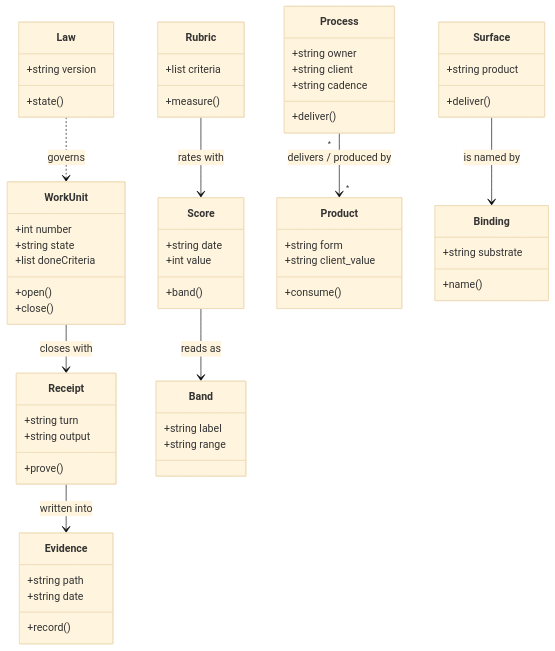
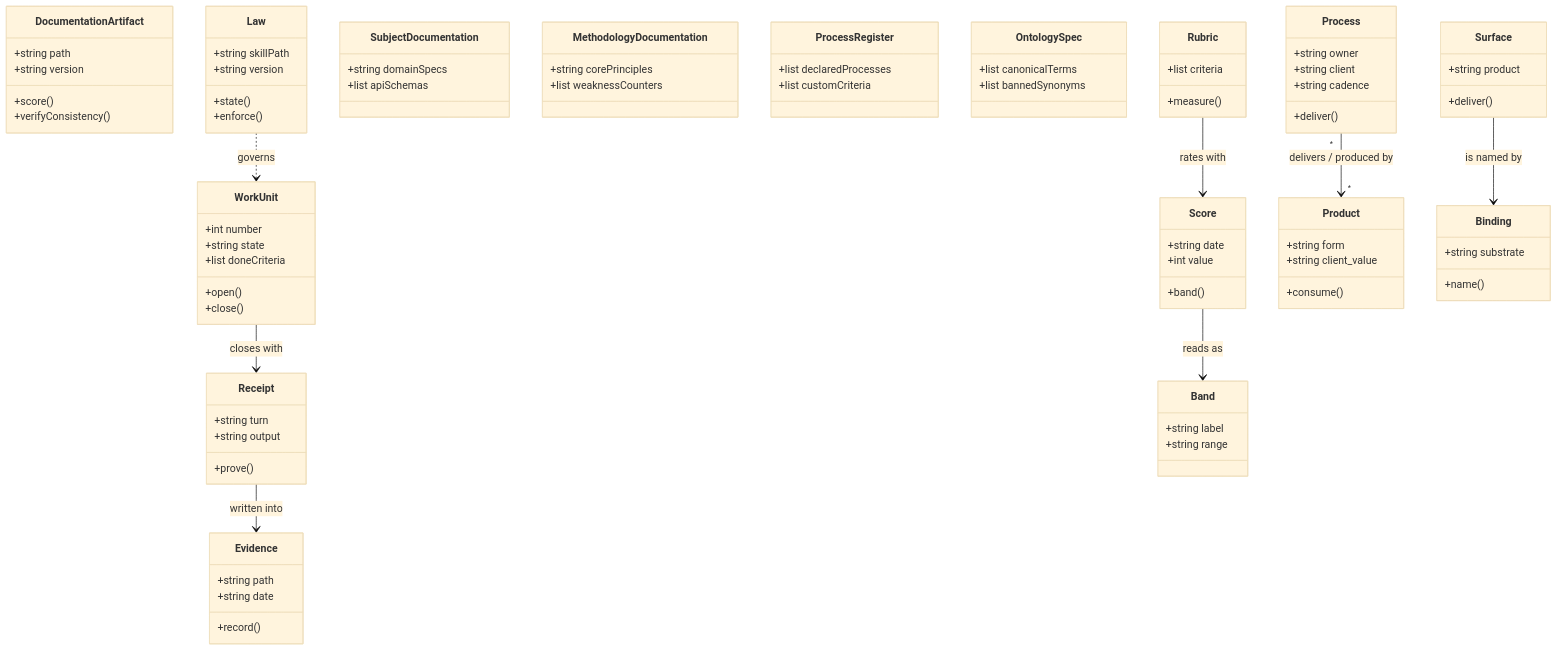
One commit to leshchenko1979/agent-factories changed the third of 4 diagrams in ONTOLOGY.md. Above: the diagram before and after it, drawn with Mermaid (base theme). The commit also changed other lines of this file and 2 other files, not shown here.

Commit message:
feat(ontology): codify DocumentationArtifact taxonomy and D4 Documentation Consistency criterion (#21)

```diff
--- a/ONTOLOGY.md
+++ b/ONTOLOGY.md
@@ -234,9 +246,33 @@
         +string date
         +record()
     }
+    class DocumentationArtifact {
+        +string path
+        +string version
+        +score()
+        +verifyConsistency()
+    }
     class Law {
+        +string skillPath
         +string version
         +state()
+        +enforce()
+    }
+    class SubjectDocumentation {
+        +string domainSpecs
+        +list apiSchemas
+    }
+    class MethodologyDocumentation {
+        +string corePrinciples
+        +list weaknessCounters
+    }
+    class ProcessRegister {
+        +list declaredProcesses
+        +list customCriteria
+    }
+    class OntologySpec {
+        +list canonicalTerms
+        +list bannedSynonyms
     }
     class Rubric {
         +list criteria
```
